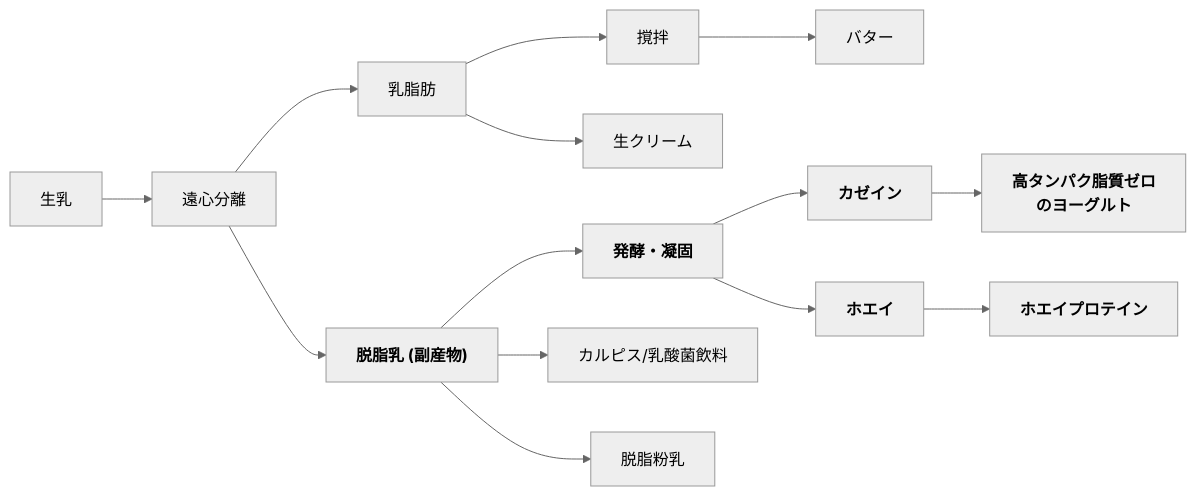
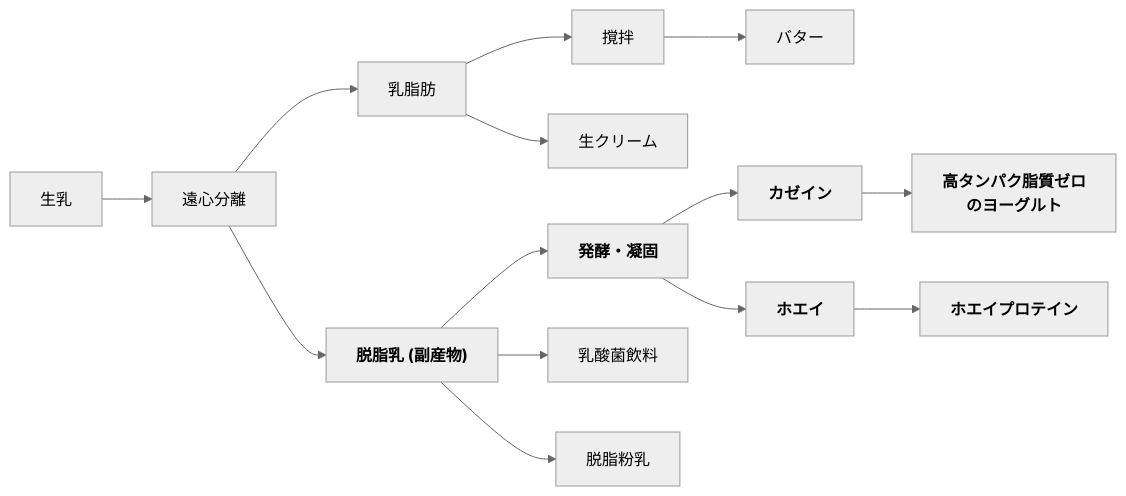
Before and after one commit to ussyi-git/-: the first of 2 diagrams in README.md, drawn with Mermaid (neutral theme).

````diff
--- a/README.md
+++ b/README.md
@@ -1,23 +1,22 @@
 ```mermaid
 graph LR
 Milk["生乳"]-->Separator["遠心分離"]
 %% --- クリーム側の流れ ---
 Separator-->Cream["乳脂肪"]
 Cream-->ButterProcess["撹拌"]
   Cream-->creamyProcess["生クリーム"]
 ButterProcess-->Butter["バター"]
 %% --- 脱脂乳側の流れ ---
 Separator-->SkimMilk["<b>脱脂乳 (副産物)</b>"]
 %% 発酵プロセスへ
 SkimMilk-->Ferment["<b>発酵・凝固</b>"]
 %% そのまま加工
-SkimMilk-->Calpis["カルピス/乳酸菌飲料"]
+SkimMilk-->Calpis["乳酸菌飲料"]
 SkimMilk-->Powder["脱脂粉乳"]
 %% 固形分（カゼイン）の行方
 Ferment-->Curd["<b>カゼイン</b>"]
 Curd-->Oikos["<b>高タンパク脂質ゼロ<br>のヨーグルト</b>"]
 %% 液体（ホエイ）の行方
 Ferment-->Whey["<b>ホエイ</b>"]
 Whey-->WPC_WPI["<b>ホエイプロテイン</b>"]
-
 ```
````
